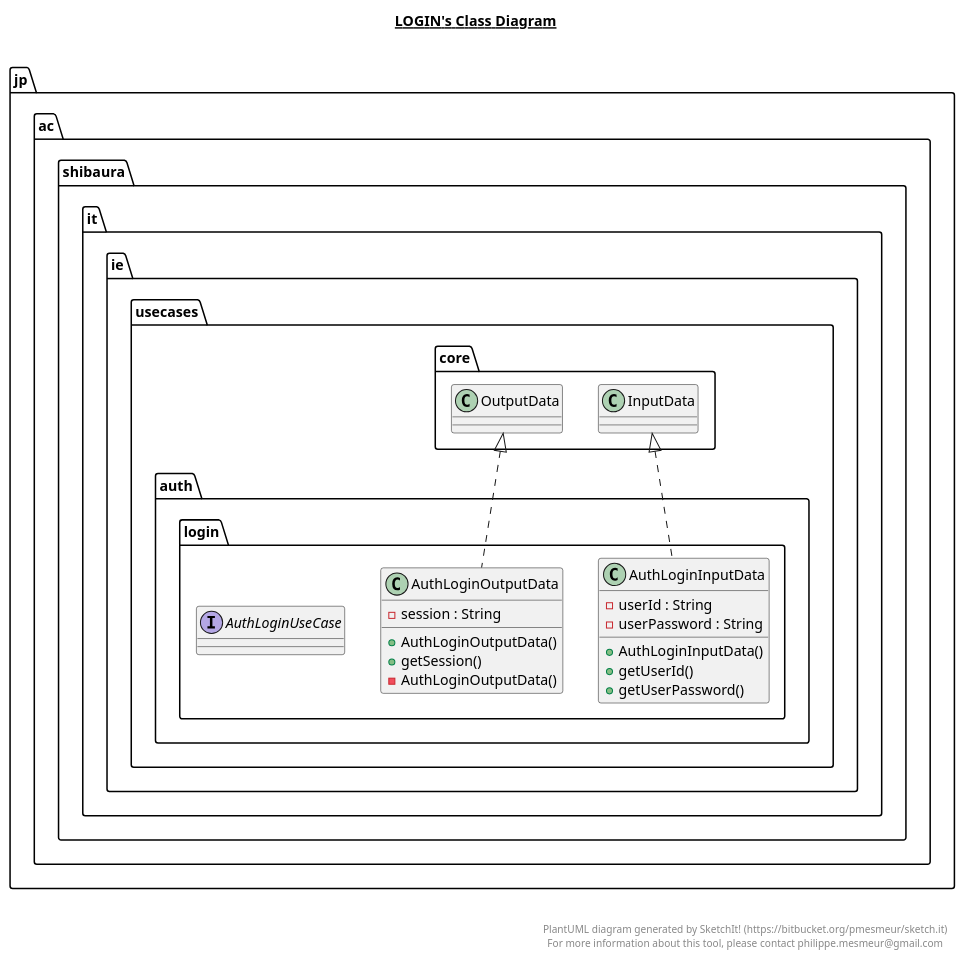
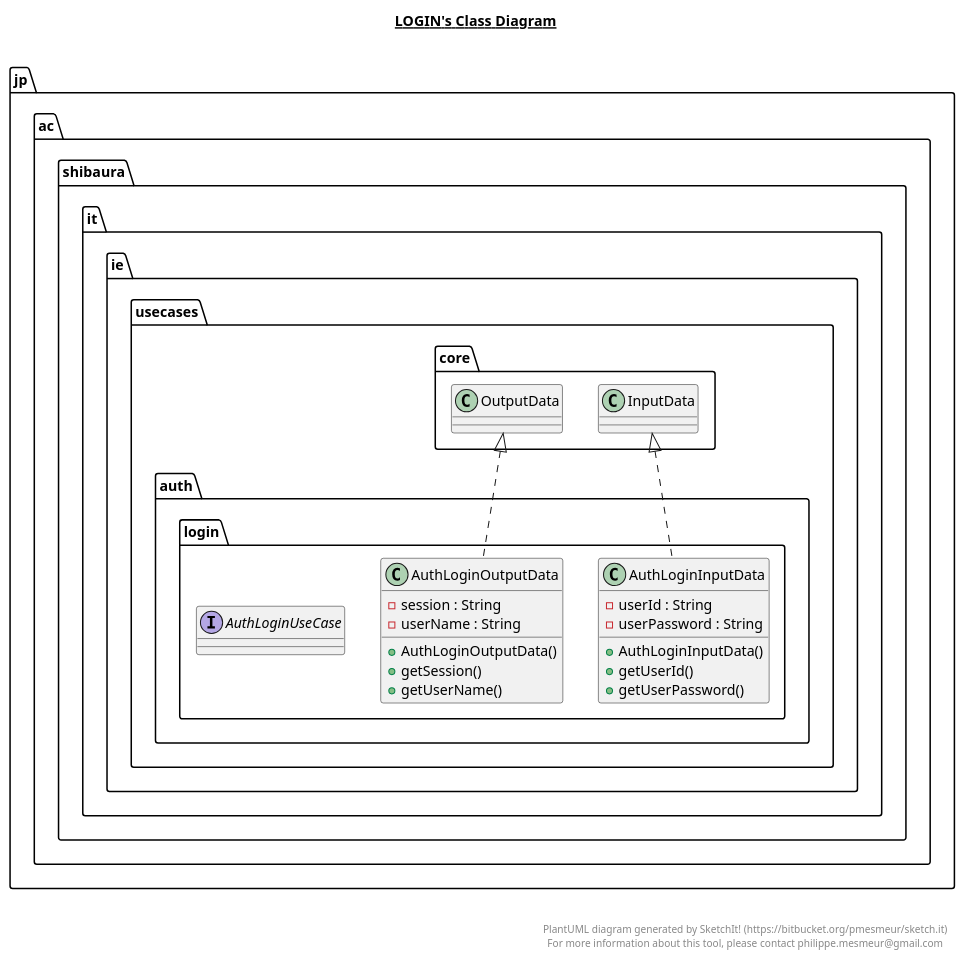
One commit to THEToilet/chatLobbyServer changed the diagram in src/jp/ac/shibaura/it/ie/usecases/auth/login/login.plantuml. Above: the diagram before and after it, drawn with PlantUML. The commit also changed 8 other files, not shown here.

```diff
--- a/src/jp/ac/shibaura/it/ie/usecases/auth/login/login.plantuml
+++ b/src/jp/ac/shibaura/it/ie/usecases/auth/login/login.plantuml
@@ -1,49 +1,50 @@
 @startuml
 
 title __LOGIN's Class Diagram__\n
 
   namespace jp.ac.shibaura.it.ie {
     namespace usecases.auth.login {
       class jp.ac.shibaura.it.ie.usecases.auth.login.AuthLoginInputData {
           - userId : String
           - userPassword : String
           + AuthLoginInputData()
           + getUserId()
           + getUserPassword()
       }
     }
   }
   
 
   namespace jp.ac.shibaura.it.ie {
     namespace usecases.auth.login {
       class jp.ac.shibaura.it.ie.usecases.auth.login.AuthLoginOutputData {
           - session : String
+          - userName : String
           + AuthLoginOutputData()
           + getSession()
-          - AuthLoginOutputData()
+          + getUserName()
       }
     }
   }
   
 
   namespace jp.ac.shibaura.it.ie {
     namespace usecases.auth.login {
       interface jp.ac.shibaura.it.ie.usecases.auth.login.AuthLoginUseCase {
       }
     }
   }
   
 
   jp.ac.shibaura.it.ie.usecases.auth.login.AuthLoginInputData .up.|> jp.ac.shibaura.it.ie.usecases.core.InputData
   jp.ac.shibaura.it.ie.usecases.auth.login.AuthLoginOutputData .up.|> jp.ac.shibaura.it.ie.usecases.core.OutputData
 
 
 right footer
 
 
 PlantUML diagram generated by SketchIt! (https://bitbucket.org/pmesmeur/sketch.it)
 For more information about this tool, please contact philippe.mesmeur@gmail.com
 endfooter
 
 @enduml
```
